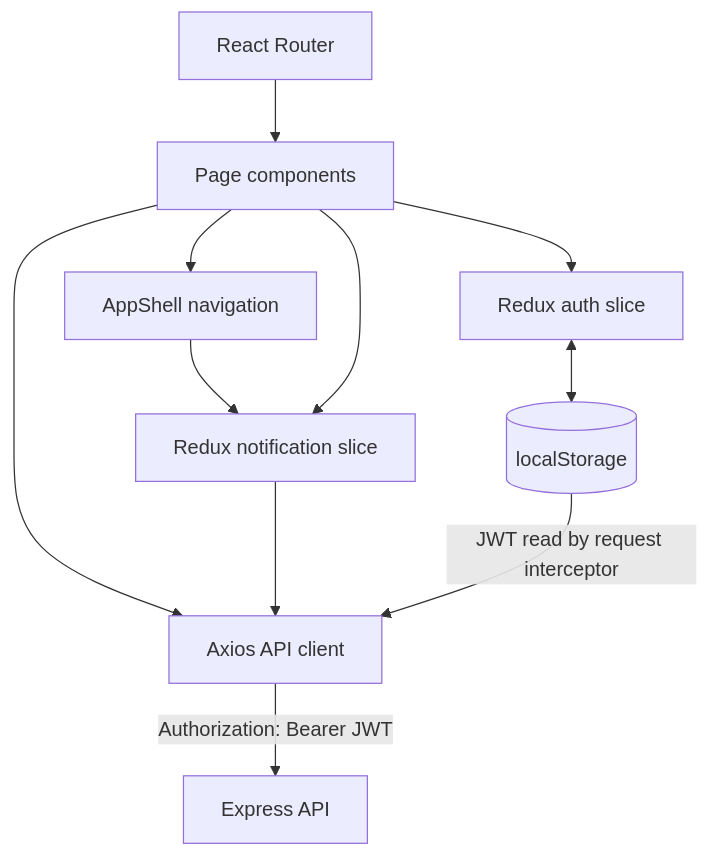
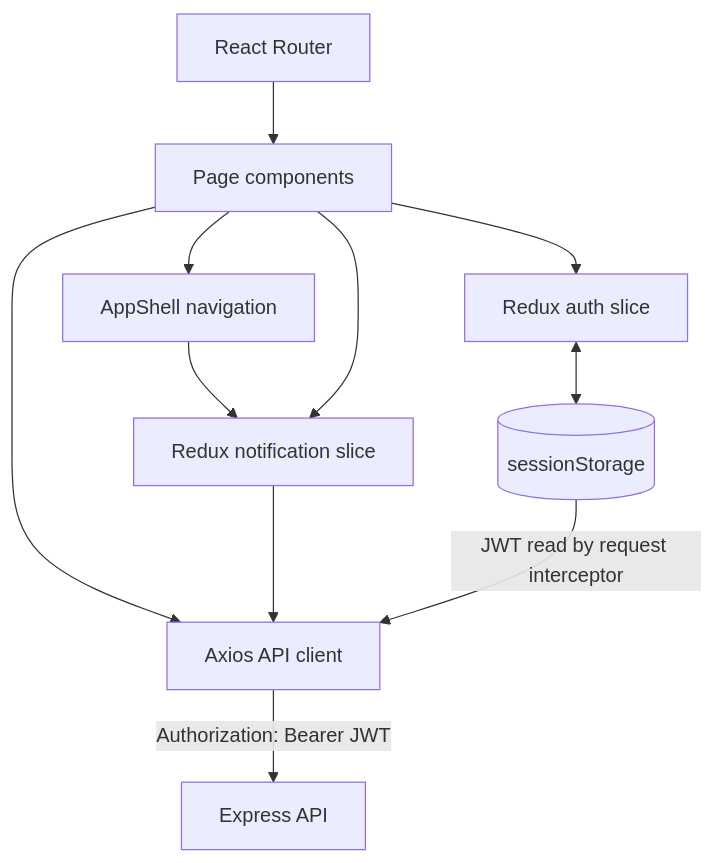
The second of 7 diagrams in README.md (eeemrann/skillswap), drawn with Mermaid before and after one commit. The commit also changed other lines of this file and 43 other files, not shown here.

````diff
--- a/README.md
+++ b/README.md
@@ -84,21 +84,21 @@
 ```mermaid
 flowchart TD
     Router["React Router"]
     Pages["Page components"]
     Shell["AppShell navigation"]
     Auth["Redux auth slice"]
     Notices["Redux notification slice"]
     Axios["Axios API client"]
-    Storage[("localStorage")]
+    Storage[("sessionStorage")]
 
     Router --> Pages
     Pages --> Shell
     Pages --> Auth
     Shell --> Notices
     Pages --> Notices
     Pages --> Axios
     Notices --> Axios
     Auth <--> Storage
     Storage -->|"JWT read by request interceptor"| Axios
     Axios -->|"Authorization: Bearer JWT"| Backend["Express API"]
 ```
````
